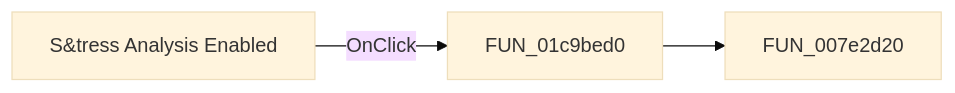
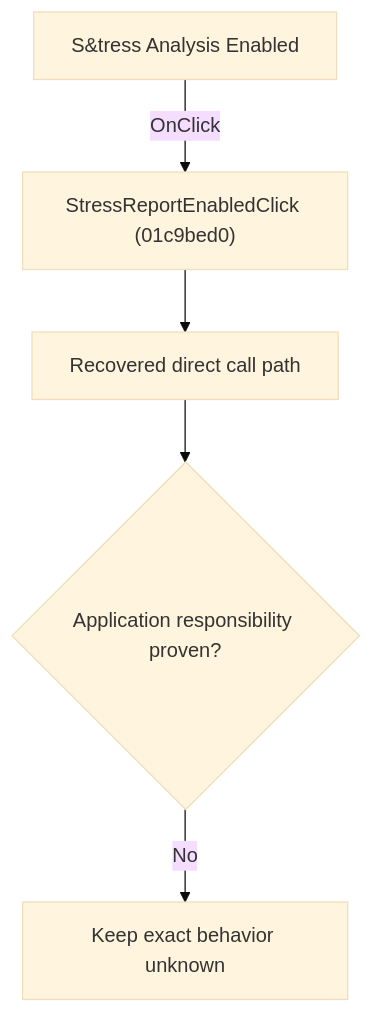
The diagram in docs/ui-controls/schematiceditor/stressreportenabled-909f9d318a.md (MovGP0/TIARA), drawn with Mermaid (base theme) before and after one commit. The commit also changed other lines of this file and 1062 other files, not shown here.

````diff
--- a/docs/ui-controls/schematiceditor/stressreportenabled-909f9d318a.md
+++ b/docs/ui-controls/schematiceditor/stressreportenabled-909f9d318a.md
@@ -27,5 +27,7 @@
 ```mermaid
-flowchart LR
-    control["S&tress Analysis Enabled"] -->|OnClick| handler["FUN_01c9bed0"]
-    handler --> call1["FUN_007e2d20"]
+flowchart TD
+    control["S&tress Analysis Enabled"] -->|"OnClick"| handler["StressReportEnabledClick (01c9bed0)"]
+    handler --> recovered["Recovered direct call path"]
+    recovered --> gap{"Application responsibility proven?"}
+    gap -->|"No"| blocked["Keep exact behavior unknown"]
 ```
````
